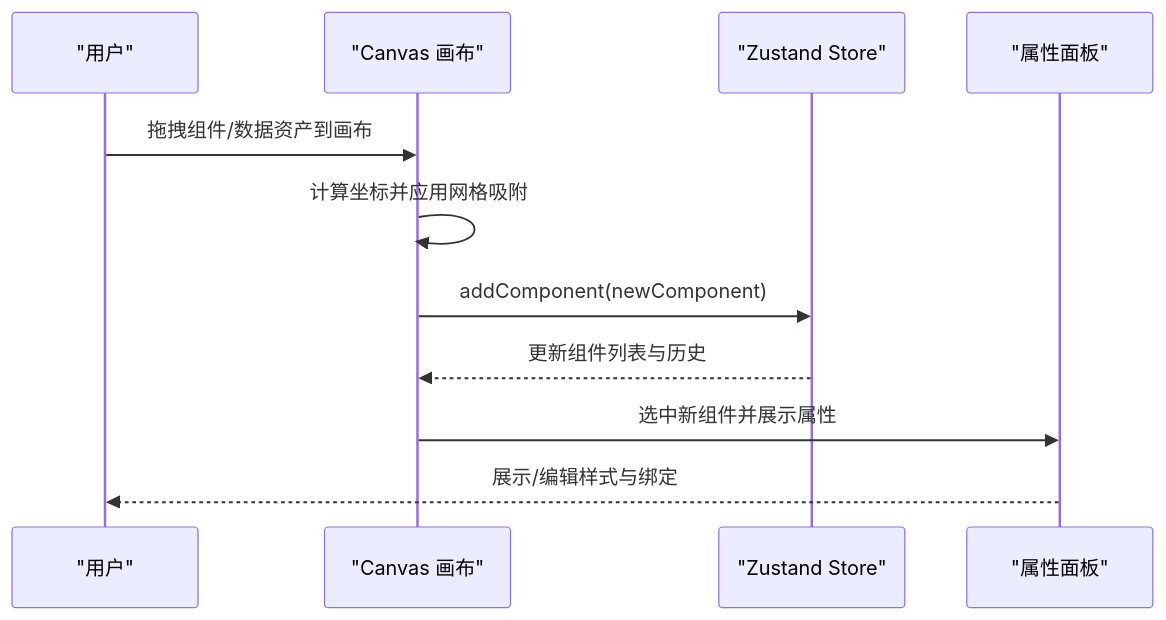
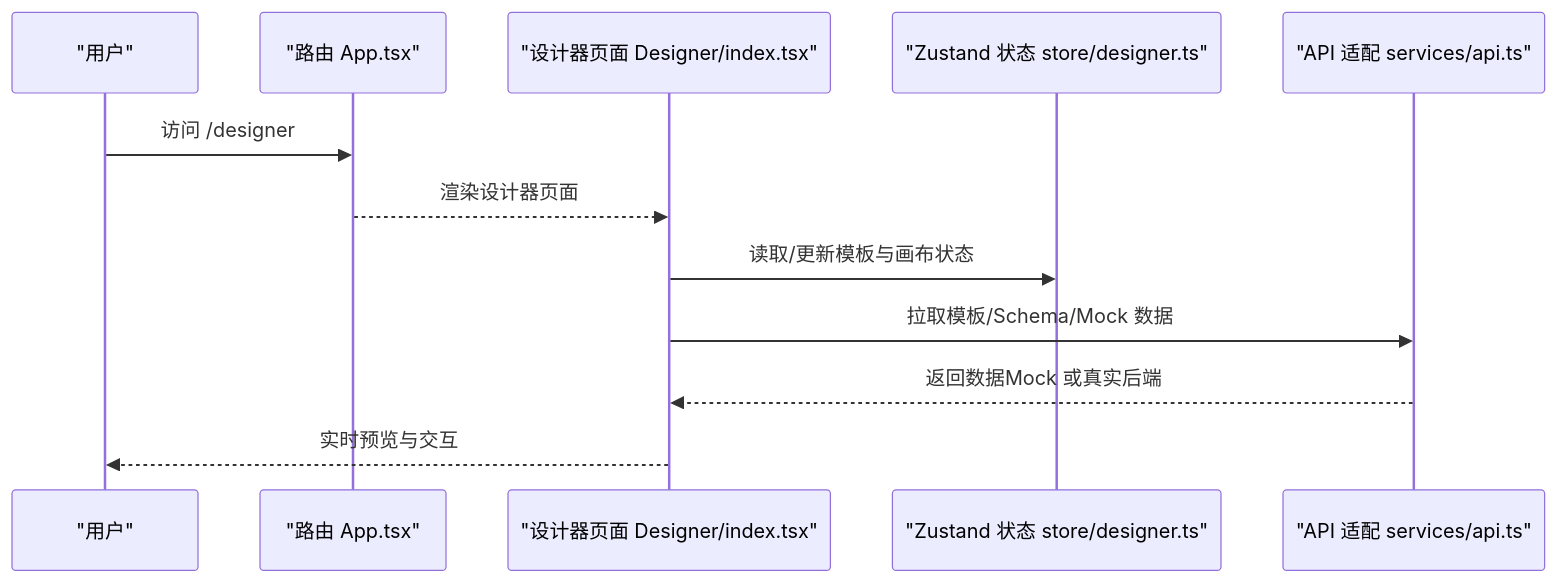
The third of 6 diagrams in .qoder/repowiki/zh/content/项目概述/项目概述.md (joker-yjc/printer), drawn with Mermaid before and after one commit. The commit also changed other lines of this file and 274 other files, not shown here.

````diff
--- a/.qoder/repowiki/zh/content/项目概述/项目概述.md
+++ b/.qoder/repowiki/zh/content/项目概述/项目概述.md
@@ -180,13 +175,14 @@
 ```mermaid
 sequenceDiagram
 participant U as "用户"
-participant C as "Canvas 画布"
-participant S as "Zustand Store"
-participant P as "属性面板"
-U->>C : 拖拽组件/数据资产到画布
-C->>C : 计算坐标并应用网格吸附
-C->>S : addComponent(newComponent)
-S-->>C : 更新组件列表与历史
-C->>P : 选中新组件并展示属性
-P-->>U : 展示/编辑样式与绑定
+participant R as "路由 App.tsx"
+participant P as "设计器页面 Designer/index.tsx"
+participant Z as "Zustand 状态 store/designer.ts"
+participant S as "API 适配 services/api.ts"
+U->>R : 访问 /designer
+R-->>P : 渲染设计器页面
+P->>Z : 读取/更新模板与画布状态
+P->>S : 拉取模板/Schema/Mock 数据
+S-->>P : 返回数据Mock 或真实后端
+P-->>U : 实时预览与交互
 ```
````
